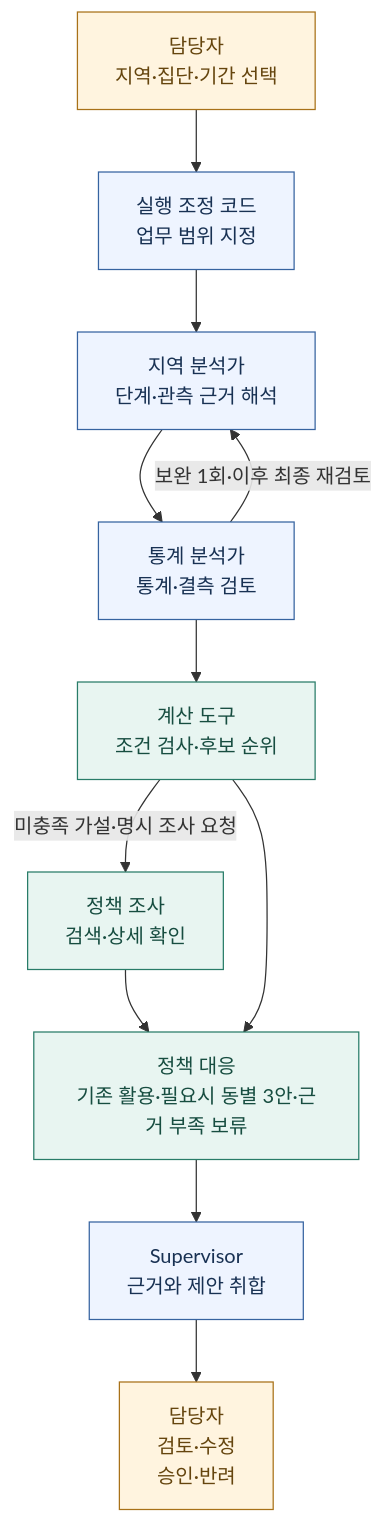
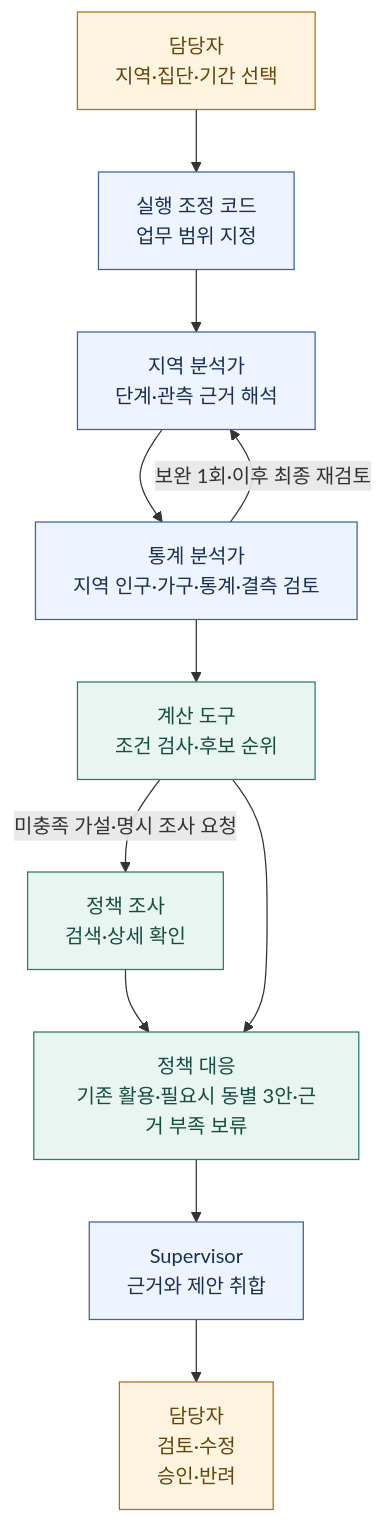
Before and after one commit to space-jakdang/beyond-hello-mas: the diagram in README.md, drawn with Mermaid. The commit also changed other lines of this file, not shown here.

````diff
--- a/README.md
+++ b/README.md
@@ -29,20 +29,20 @@
 ```mermaid
 flowchart TD
     U["담당자<br/>지역·집단·기간 선택"] --> S["실행 조정 코드<br/>업무 범위 지정"]
     S --> A["지역 분석가<br/>단계·관측 근거 해석"]
-    A --> T["통계 분석가<br/>통계·결측 검토"]
+    A --> T["통계 분석가<br/>지역 인구·가구·통계·결측 검토"]
     T -->|보완 1회·이후 최종 재검토| A
     T --> M["계산 도구<br/>조건 검사·후보 순위"]
     M -->|미충족 가설·명시 조사 요청| P["정책 조사<br/>검색·상세 확인"]
     P --> D["정책 대응<br/>기존 활용·필요시 동별 3안·근거 부족 보류"]
     M --> D
     D --> R["Supervisor<br/>근거와 제안 취합"]
     R --> H["담당자<br/>검토·수정<br/>승인·반려"]
     classDef agent fill:#eef4ff,stroke:#3663a0,color:#183153
     classDef policy fill:#e8f5f1,stroke:#287c68,color:#174d40
     classDef human fill:#fff4df,stroke:#a87118,color:#65450e
     class S,A,T,R agent
     class M policy
     class P,D policy
     class U,H human
 ```
````
